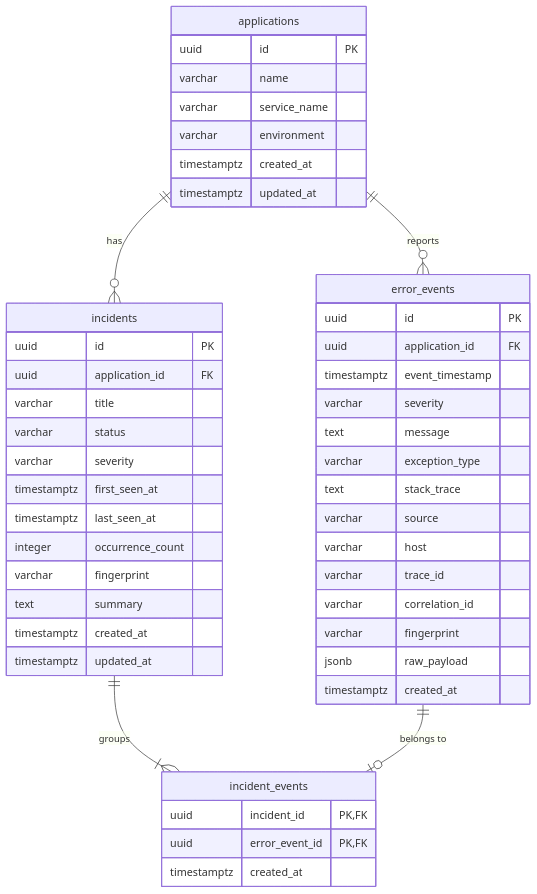
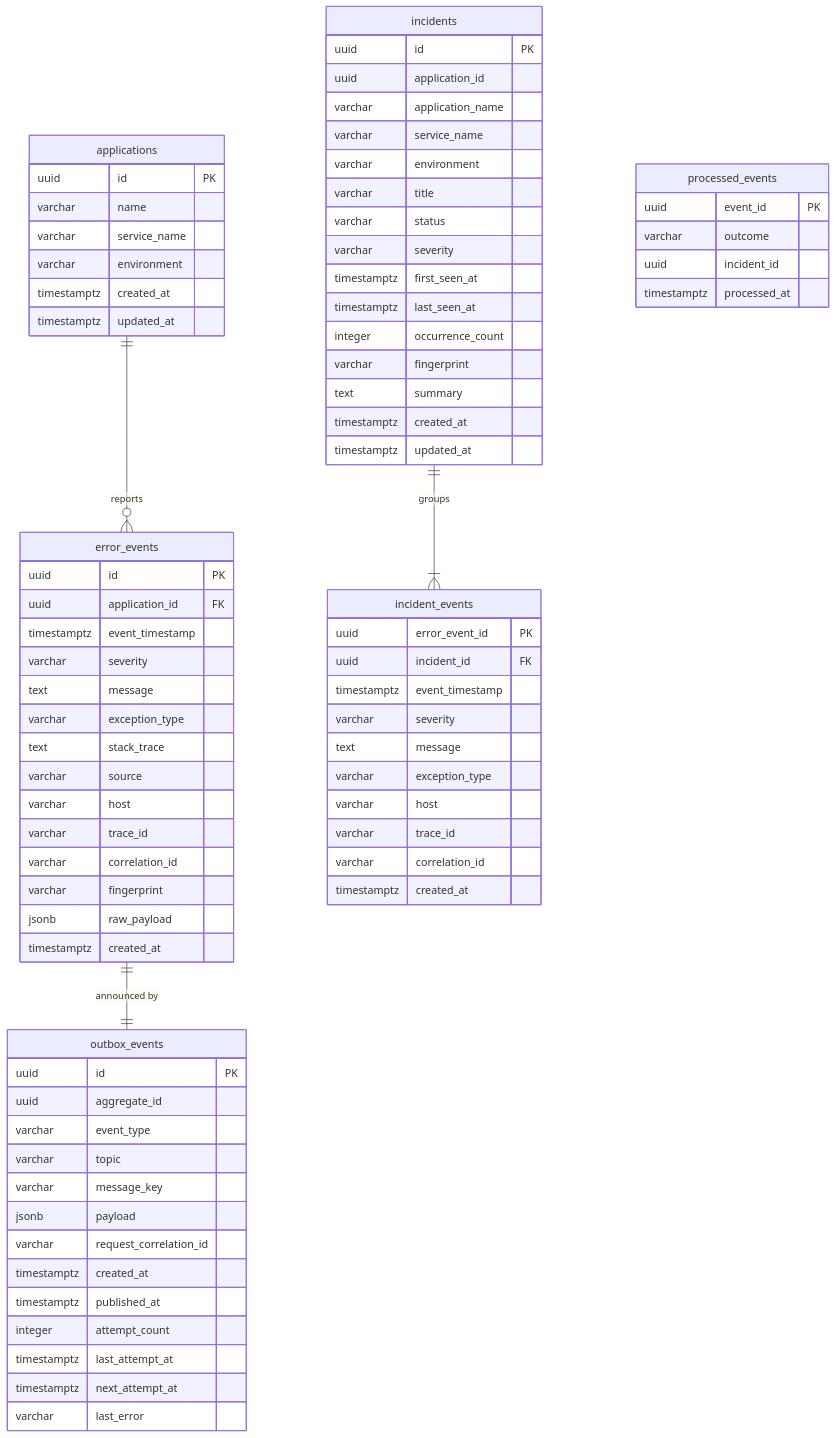
The diagram in docs/database.md (rciripireddy/ai-software-debugging-root-cause-platform), drawn with Mermaid before and after one commit. The commit also changed other lines of this file and 70 other files, not shown here.

Commit message:
feat: add Kafka event streaming and incident correlation

````diff
--- a/docs/database.md
+++ b/docs/database.md
@@ -16,51 +23,81 @@
 ```mermaid
 erDiagram
     applications ||--o{ error_events : "reports"
-    applications ||--o{ incidents : "has"
+    error_events ||--|| outbox_events : "announced by"
     incidents ||--|{ incident_events : "groups"
-    error_events ||--o| incident_events : "belongs to"
 
     applications {
         uuid id PK
         varchar name
         varchar service_name
         varchar environment
         timestamptz created_at
         timestamptz updated_at
     }
     error_events {
         uuid id PK
         uuid application_id FK
         timestamptz event_timestamp
         varchar severity
         text message
         varchar exception_type
         text stack_trace
         varchar source
         varchar host
         varchar trace_id
         varchar correlation_id
         varchar fingerprint
         jsonb raw_payload
         timestamptz created_at
     }
+    outbox_events {
+        uuid id PK
+        uuid aggregate_id
+        varchar event_type
+        varchar topic
+        varchar message_key
+        jsonb payload
+        varchar request_correlation_id
+        timestamptz created_at
+        timestamptz published_at
+        integer attempt_count
+        timestamptz last_attempt_at
+        timestamptz next_attempt_at
+        varchar last_error
+    }
     incidents {
         uuid id PK
-        uuid application_id FK
+        uuid application_id
+        varchar application_name
+        varchar service_name
+        varchar environment
         varchar title
         varchar status
         varchar severity
         timestamptz first_seen_at
         timestamptz last_seen_at
         integer occurrence_count
         varchar fingerprint
         text summary
         timestamptz created_at
         timestamptz updated_at
     }
     incident_events {
-        uuid incident_id PK, FK
-        uuid error_event_id PK, FK
+        uuid error_event_id PK
+        uuid incident_id FK
+        timestamptz event_timestamp
+        varchar severity
+        text message
+        varchar exception_type
+        varchar host
+        varchar trace_id
+        varchar correlation_id
         timestamptz created_at
     }
+    processed_events {
+        uuid event_id PK
+        varchar outcome
+        uuid incident_id
+        timestamptz processed_at
+    }
 ```
````
